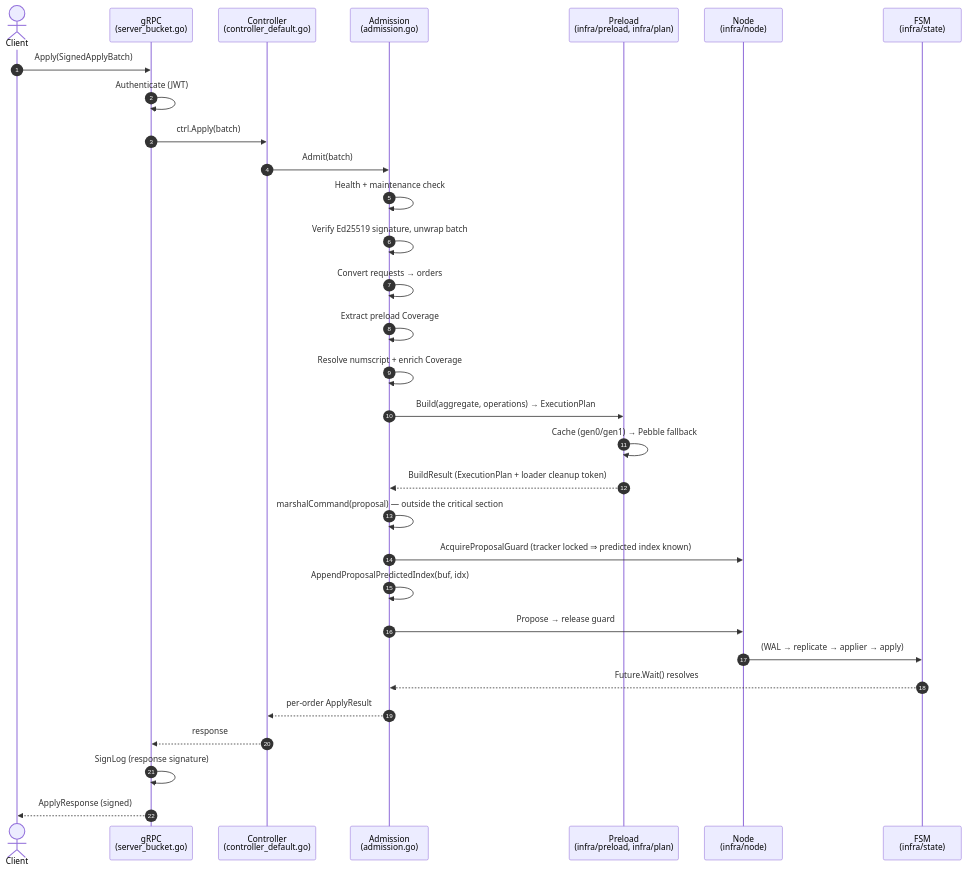
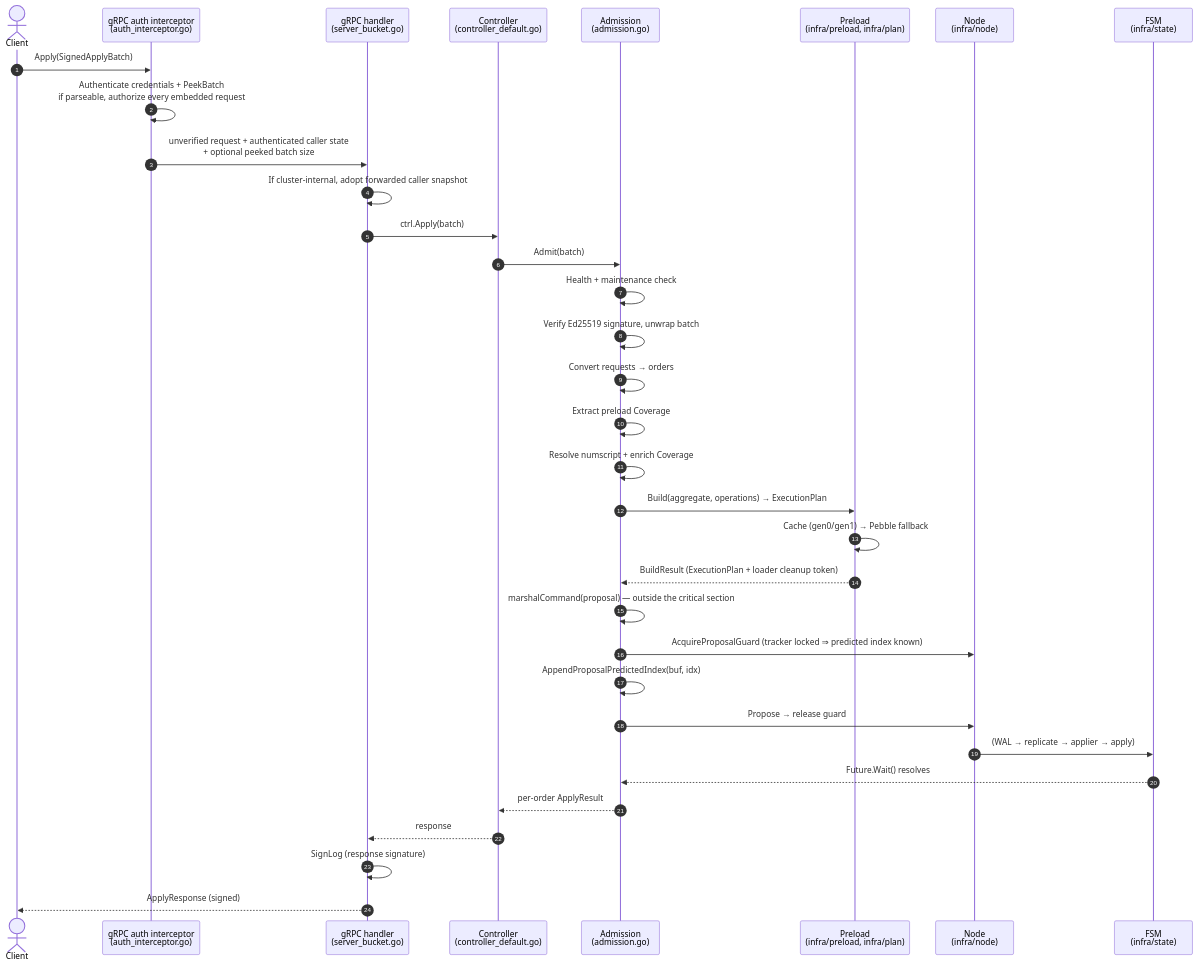
One commit to formancehq/ledger changed the diagram in docs/technical/architecture/subsystems/admission/pipeline.md. Above: the diagram before and after it, drawn with Mermaid. The commit also changed other lines of this file and 22 other files, not shown here.

First line of the commit message:
feat(grpc): enforce RPC auth in interceptors (EN-2033) (#2022)

````diff
--- a/docs/technical/architecture/subsystems/admission/pipeline.md
+++ b/docs/technical/architecture/subsystems/admission/pipeline.md
@@ -9,34 +9,37 @@
 ```mermaid
 sequenceDiagram
     autonumber
     actor C as Client
-    participant G as gRPC<br/>(server_bucket.go)
+    participant I as gRPC auth interceptor<br/>(auth_interceptor.go)
+    participant G as gRPC handler<br/>(server_bucket.go)
     participant Ctrl as Controller<br/>(controller_default.go)
     participant A as Admission<br/>(admission.go)
     participant Pre as Preload<br/>(infra/preload, infra/plan)
     participant N as Node<br/>(infra/node)
     participant FSM as FSM<br/>(infra/state)
 
-    C->>G: Apply(SignedApplyBatch)
-    G->>G: Authenticate (JWT)
+    C->>I: Apply(SignedApplyBatch)
+    I->>I: Authenticate credentials + PeekBatch<br/>if parseable, authorize every embedded request
+    I->>G: unverified request + authenticated caller state<br/>+ optional peeked batch size
+    G->>G: If cluster-internal, adopt forwarded caller snapshot
     G->>Ctrl: ctrl.Apply(batch)
     Ctrl->>A: Admit(batch)
     A->>A: Health + maintenance check
     A->>A: Verify Ed25519 signature, unwrap batch
     A->>A: Convert requests → orders
     A->>A: Extract preload Coverage
     A->>A: Resolve numscript + enrich Coverage
     A->>Pre: Build(aggregate, operations) → ExecutionPlan
     Pre->>Pre: Cache (gen0/gen1) → Pebble fallback
     Pre-->>A: BuildResult (ExecutionPlan + loader cleanup token)
     A->>A: marshalCommand(proposal) — outside the critical section
     A->>N: AcquireProposalGuard (tracker locked ⇒ predicted index known)
     A->>A: AppendProposalPredictedIndex(buf, idx)
     A->>N: Propose → release guard
     N->>FSM: (WAL → replicate → applier → apply)
     FSM-->>A: Future.Wait() resolves
     A-->>Ctrl: per-order ApplyResult
     Ctrl-->>G: response
     G->>G: SignLog (response signature)
     G-->>C: ApplyResponse (signed)
 ```
````
